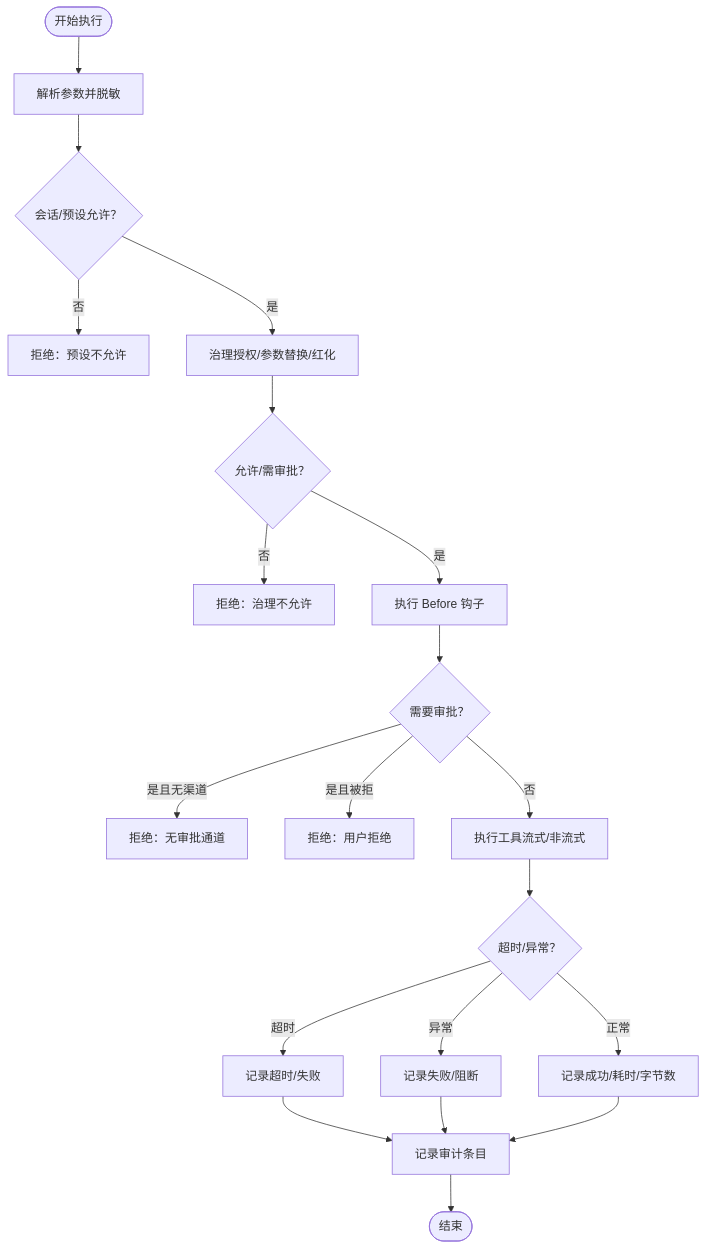
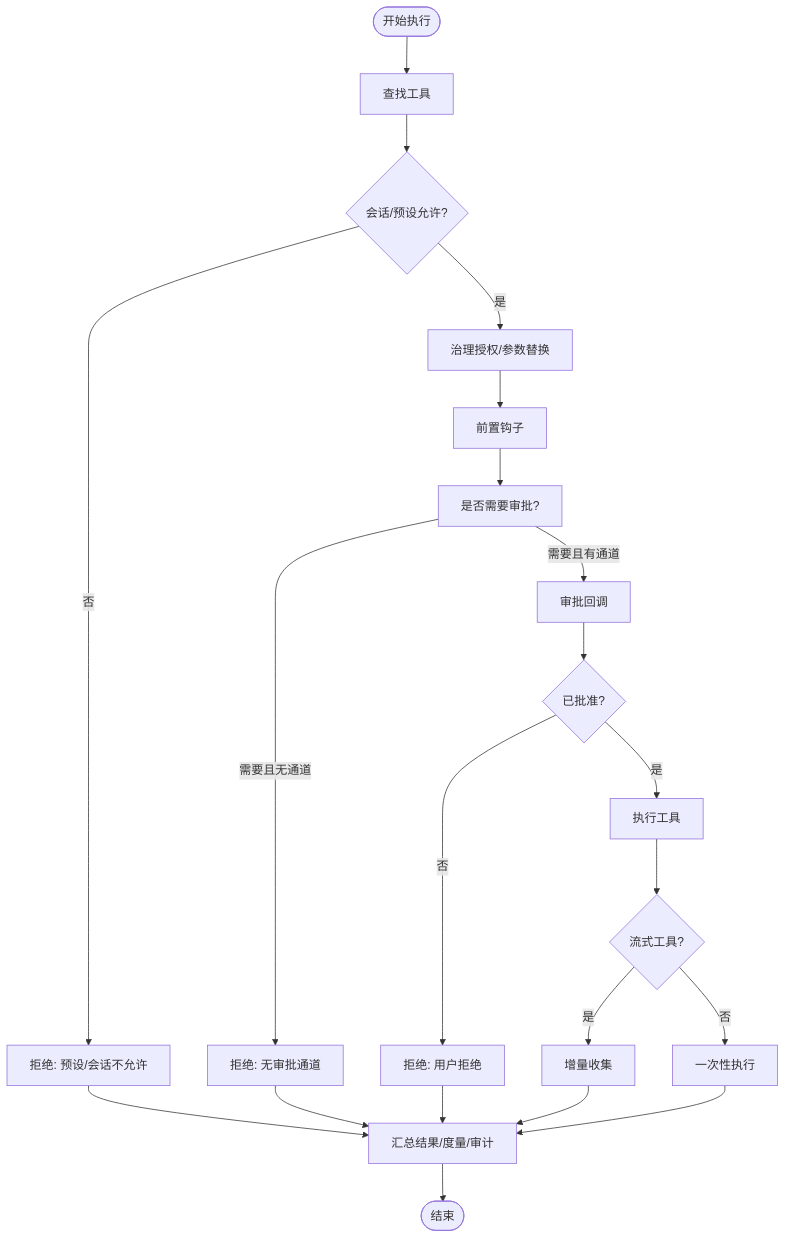
The third of 7 diagrams in .qoder/repowiki/zh/content/工具系统/工具系统.md (wayyet/kingcrab), drawn with Mermaid before and after one commit. The commit also changed other lines of this file and 173 other files, not shown here.

````diff
--- a/.qoder/repowiki/zh/content/工具系统/工具系统.md
+++ b/.qoder/repowiki/zh/content/工具系统/工具系统.md
@@ -197,22 +165,23 @@
 ```mermaid
 flowchart TD
-Start(["开始执行"]) --> ParseArgs["解析参数并脱敏"]
-ParseArgs --> CheckPreset{"会话/预设允许？"}
-CheckPreset --> |否| DenyPreset["拒绝：预设不允许"]
-CheckPreset --> |是| Authorize["治理授权/参数替换/红化"]
-Authorize --> Allowed{"允许/需审批？"}
-Allowed --> |否| DenyGov["拒绝：治理不允许"]
-Allowed --> |是| Hooks["执行 Before 钩子"]
-Hooks --> Approval{"需要审批？"}
-Approval --> |是且无渠道| DenyApproval["拒绝：无审批通道"]
-Approval --> |是且被拒| DenyUser["拒绝：用户拒绝"]
-Approval --> |否| Exec["执行工具流式/非流式"]
-Exec --> Timeout{"超时/异常？"}
-Timeout --> |超时| RecordTimeout["记录超时/失败"]
-Timeout --> |异常| RecordError["记录失败/阻断"]
-Timeout --> |正常| RecordSuccess["记录成功/耗时/字节数"]
-RecordTimeout --> Audit["记录审计条目"]
-RecordError --> Audit
-RecordSuccess --> Audit
-Audit --> End(["结束"])
+Start(["开始执行"]) --> Lookup["查找工具"]
+Lookup --> Allowed{"会话/预设允许?"}
+Allowed --> |否| DenyPreset["拒绝: 预设/会话不允许"]
+Allowed --> |是| Govern["治理授权/参数替换"]
+Govern --> HookBefore["前置钩子"]
+HookBefore --> Approval["是否需要审批?"]
+Approval --> |需要且无通道| DenyApproval["拒绝: 无审批通道"]
+Approval --> |需要且有通道| AskApproval["审批回调"]
+AskApproval --> Approved{"已批准?"}
+Approved --> |否| DenyUser["拒绝: 用户拒绝"]
+Approved --> |是| Exec["执行工具"]
+Exec --> Stream{"流式工具?"}
+Stream --> |是| Collect["增量收集"]
+Stream --> |否| OneShot["一次性执行"]
+Collect --> Result["汇总结果/度量/审计"]
+OneShot --> Result
+DenyPreset --> Result
+DenyApproval --> Result
+DenyUser --> Result
+Result --> End(["结束"])
 ```
````
